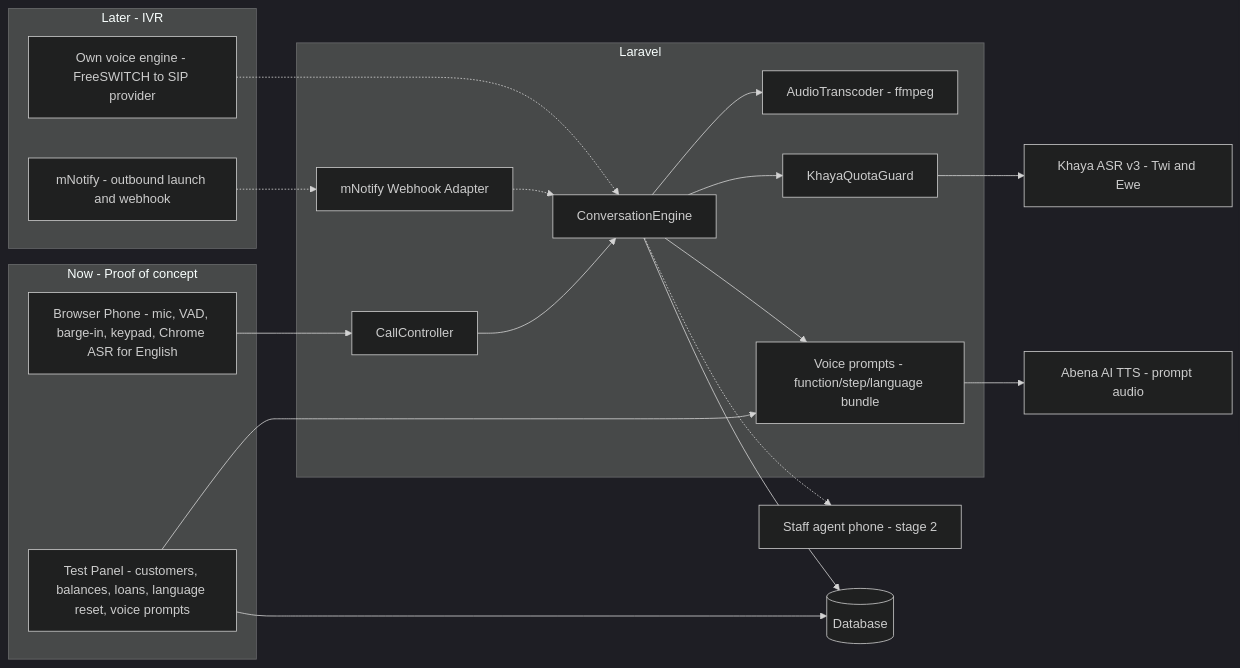
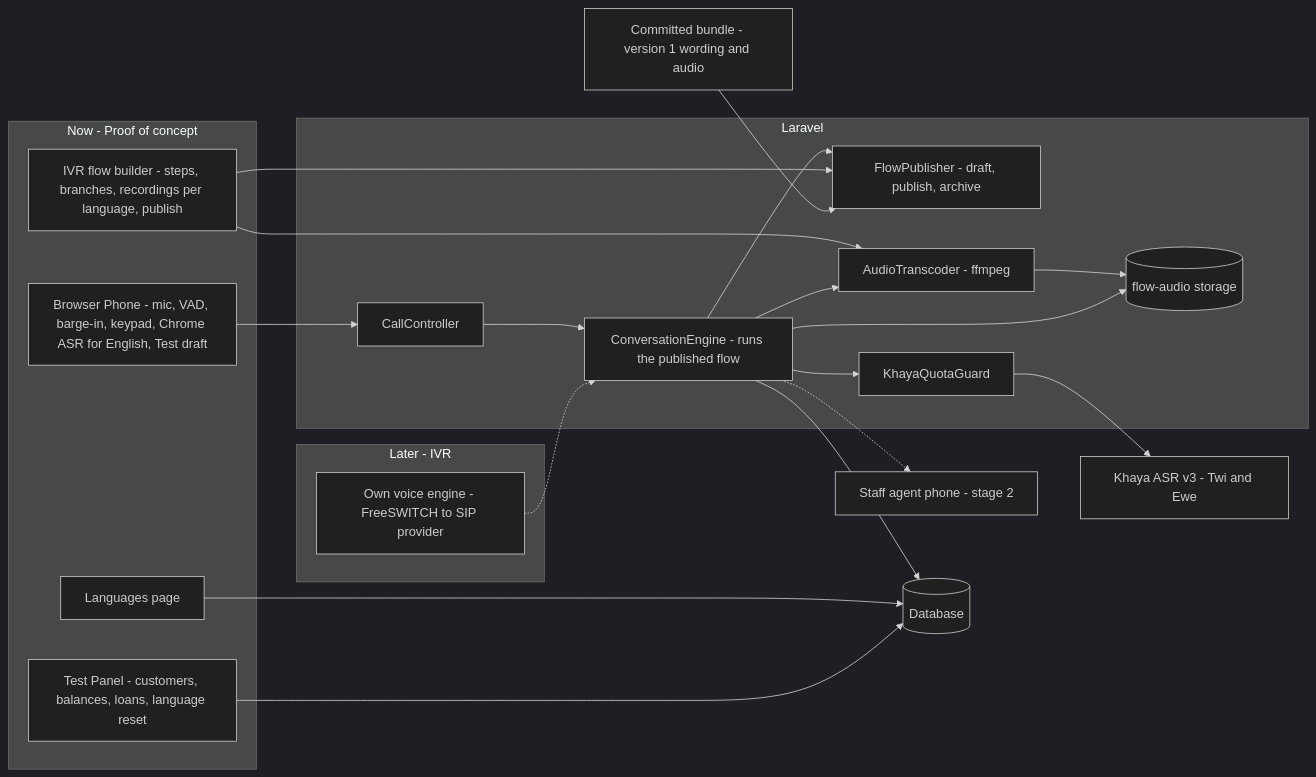
Before and after one commit to adrianbarnes/finance-mvp: the diagram in docs/diagrams/11-architecture.mmd, drawn with Mermaid (dark theme). The commit also changed 116 other files, not shown here.

```diff
--- a/docs/diagrams/11-architecture.mmd
+++ b/docs/diagrams/11-architecture.mmd
@@ -1,32 +1,35 @@
 flowchart LR
     subgraph Now - Proof of concept
-        B[Browser Phone - mic, VAD, barge-in, keypad, Chrome ASR for English]
-        T[Test Panel - customers, balances, loans, language reset, voice prompts]
+        B[Browser Phone - mic, VAD, barge-in, keypad, Chrome ASR for English, Test draft]
+        T[Test Panel - customers, balances, loans, language reset]
+        V[IVR flow builder - steps, branches, recordings per language, publish]
+        L[Languages page]
     end
     subgraph Later - IVR
-        MN[mNotify - outbound launch and webhook]
         FS[Own voice engine - FreeSWITCH to SIP provider]
     end
     subgraph Laravel
         C[CallController]
-        W[mNotify Webhook Adapter]
-        G[ConversationEngine]
+        G[ConversationEngine - runs the published flow]
+        P[FlowPublisher - draft, publish, archive]
         F[AudioTranscoder - ffmpeg]
         Q[KhayaQuotaGuard]
-        P[Voice prompts - function/step/language bundle]
+        S[(flow-audio storage)]
     end
     K[Khaya ASR v3 - Twi and Ewe]
-    AB[Abena AI TTS - prompt audio]
     A[Staff agent phone - stage 2]
     DB[(Database)]
+    BU[Committed bundle - version 1 wording and audio]
     B --> C --> G
+    G --> P
+    V --> P
+    V --> F --> S
+    L --> DB
     T --> DB
-    T --> P
-    P --> AB
-    MN -.-> W -.-> G
+    BU --> P
     FS -.-> G
     G --> F
     G --> Q --> K
     G --> DB
-    G --> P
+    G --> S
     G -.-> A
```
